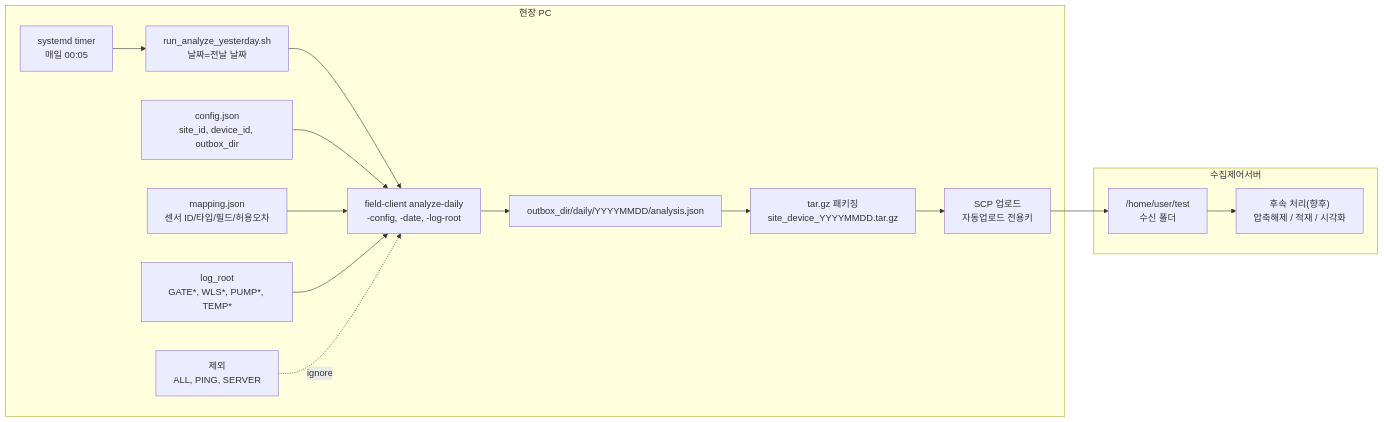
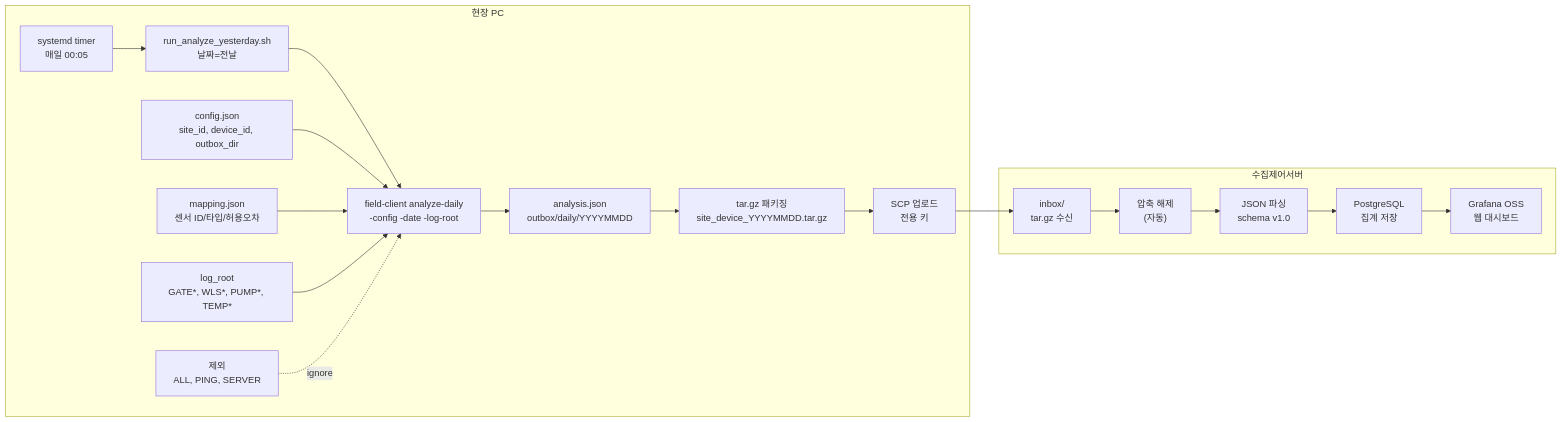
One commit to dev99test/workFiled_data_analysis changed the first of 3 diagrams in README.md. Above: the diagram before and after it, drawn with Mermaid.

````diff
--- a/README.md
+++ b/README.md
@@ -177,36 +177,51 @@
 ```mermaid
 ---
 config:
   layout: dagre
 ---
 flowchart LR
+  %% =====================
+  %% Field PC
+  %% =====================
   subgraph FieldPC["현장 PC"]
     A["systemd timer<br>매일 00:05"]
-    B["run_analyze_yesterday.sh<br>날짜=전날 날짜"]
-    C["field-client analyze-daily<br>-config, -date, -log-root"]
+    B["run_analyze_yesterday.sh<br>날짜=전날"]
+    C["field-client analyze-daily<br>-config -date -log-root"]
     D["config.json<br>site_id, device_id, outbox_dir"]
-    E["mapping.json<br>센서 ID/타입/필드/허용오차"]
+    E["mapping.json<br>센서 ID/타입/허용오차"]
     F["log_root<br>GATE*, WLS*, PUMP*, TEMP*"]
     X["제외<br>ALL, PING, SERVER"]
-    G["outbox_dir/daily/YYYYMMDD/analysis.json"]
+    G["analysis.json<br>outbox/daily/YYYYMMDD"]
     H["tar.gz 패키징<br>site_device_YYYYMMDD.tar.gz"]
-    I["SCP 업로드<br>자동업로드 전용키"]
+    I["SCP 업로드<br>전용 키"]
   end
 
+  %% =====================
+  %% Central Server
+  %% =====================
   subgraph CentralServer["수집제어서버"]
-    J["/home/user/test<br>수신 폴더"]
-    K["후속 처리(향후)<br>압축해제 / 적재 / 시각화"]
+    J["inbox/<br>tar.gz 수신"]
+    K["압축 해제<br>(자동)"]
+    L["JSON 파싱<br>schema v1.0"]
+    M["PostgreSQL<br>집계 저장"]
+    N["Grafana OSS<br>웹 대시보드"]
   end
 
+  %% =====================
+  %% Flow
+  %% =====================
   A --> B
   B --> C
   D --> C
   E --> C
   F --> C
   X -. ignore .-> C
   C --> G
   G --> H
   H --> I
   I --> J
   J --> K
+  K --> L
+  L --> M
+  M --> N
 ```
````
